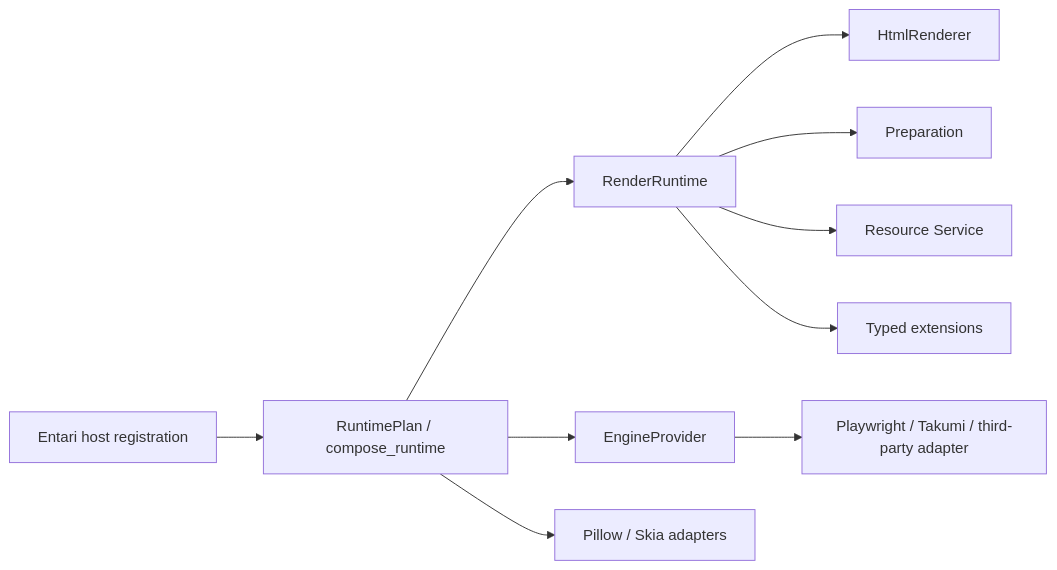
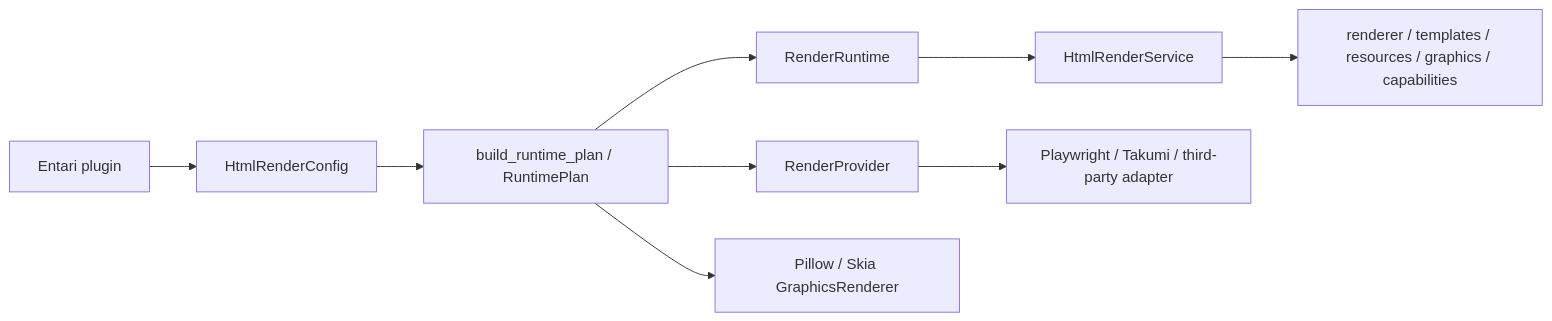
Before and after one commit to entanex/entari-plugin-htmlrender: the diagram in docs/extensions/architecture.md, drawn with Mermaid. The commit also changed other lines of this file and 97 other files, not shown here.

````diff
--- a/docs/extensions/architecture.md
+++ b/docs/extensions/architecture.md
@@ -8,12 +8,11 @@
 ```mermaid
 flowchart LR
-    HOST["Entari host registration"] --> PLAN["RuntimePlan / compose_runtime"]
+    ENTARI["Entari plugin"] --> CONFIG["HtmlRenderConfig"]
+    CONFIG --> PLAN["build_runtime_plan / RuntimePlan"]
     PLAN --> RUNTIME["RenderRuntime"]
-    RUNTIME --> RENDERER["HtmlRenderer"]
-    RUNTIME --> PREP["Preparation"]
-    RUNTIME --> RES["Resource Service"]
-    RUNTIME --> EXT["Typed extensions"]
-    PLAN --> PROVIDER["EngineProvider"]
-    PROVIDER --> ADAPTER["Playwright / Takumi / third-party adapter"]
-    PLAN --> GRAPHICS["Pillow / Skia adapters"]
+    RUNTIME --> SERVICE["HtmlRenderService"]
+    SERVICE --> CALLERS["renderer / templates / resources / graphics / capabilities"]
+    PLAN --> PROVIDER["RenderProvider"]
+    PROVIDER --> HTML["Playwright / Takumi / third-party adapter"]
+    PLAN --> GRAPHICS["Pillow / Skia GraphicsRenderer"]
 ```
````
